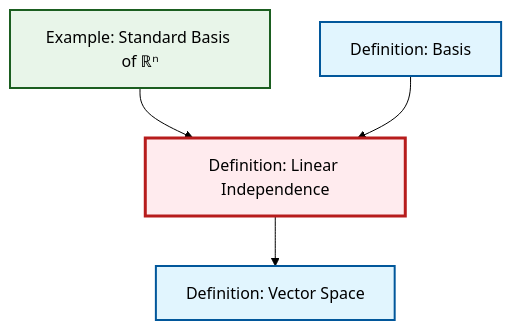
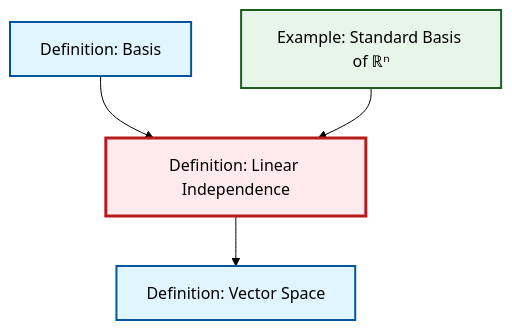
The diagram in content/en/algebra/def-linear-independence.qmd (RK0429/ModernMath), drawn with Mermaid (forest theme) before and after one commit. The commit also changed other lines of this file and 497 other files, not shown here.

````diff
--- a/content/en/algebra/def-linear-independence.qmd
+++ b/content/en/algebra/def-linear-independence.qmd
@@ -45,20 +45,20 @@
 ```{mermaid}
 %%| fig-cap: "Local dependency graph"
 graph TD
     classDef definition fill:#e1f5fe,stroke:#01579b,stroke-width:2px
     classDef theorem fill:#f3e5f5,stroke:#4a148c,stroke-width:2px
     classDef axiom fill:#fff3e0,stroke:#e65100,stroke-width:2px
     classDef example fill:#e8f5e9,stroke:#1b5e20,stroke-width:2px
     classDef current fill:#ffebee,stroke:#b71c1c,stroke-width:3px
+    def-vector-space["Definition: Vector Space"]:::definition
     def-basis["Definition: Basis"]:::definition
-    def-vector-space["Definition: Vector Space"]:::definition
+    def-linear-independence["Definition: Linear Independence"]:::definition
     ex-standard-basis-rn["Example: Standard Basis of ℝⁿ"]:::example
-    def-linear-independence["Definition: Linear Independence"]:::definition
     def-linear-independence --> def-vector-space
+    def-basis --> def-linear-independence
     ex-standard-basis-rn --> def-linear-independence
-    def-basis --> def-linear-independence
     class def-linear-independence current
+    click def-vector-space "def-vector-space.html" "Go to Vector Space definition"
     click def-basis "def-basis.html" "Go to Basis definition"
-    click def-vector-space "def-vector-space.html" "Go to Vector Space definition"
     click ex-standard-basis-rn "ex-standard-basis-rn.html" "Go to Standard Basis of ℝⁿ example"
 ```
````
